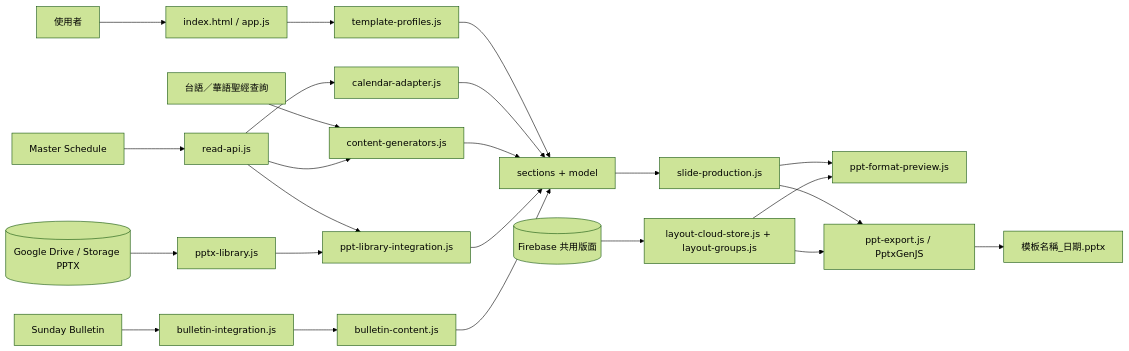
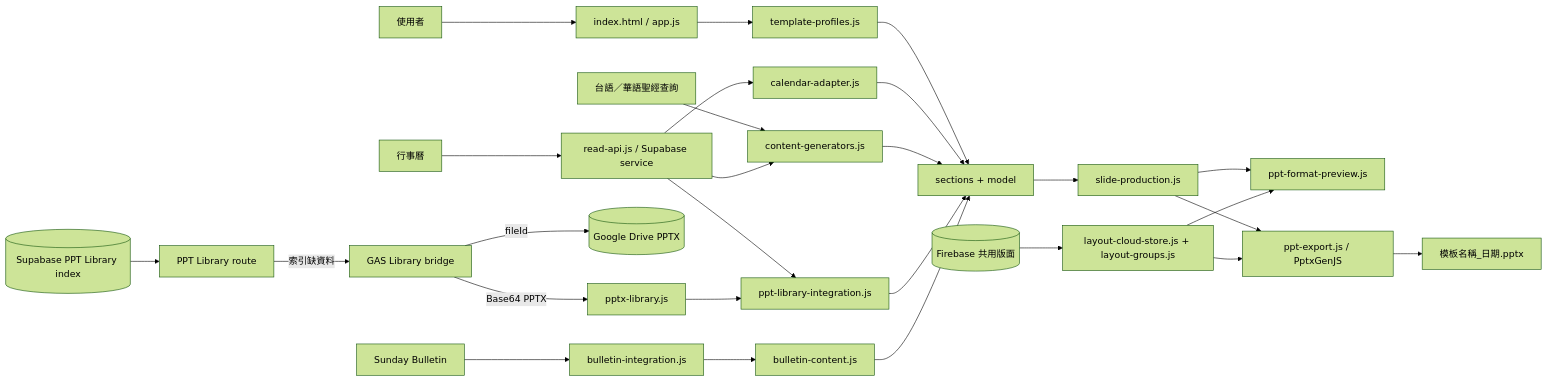
Before and after one commit to JirehWang/LKC1958_June_1.github.io: the first of 2 diagrams in apps/LKC_WorshipPPT/ARCHITECTURE.md, drawn with Mermaid (forest theme). The commit also changed other lines of this file and 19 other files, not shown here.

Commit message:
fix(worship-ppt): restore library routing and seed index

````diff
--- a/apps/LKC_WorshipPPT/ARCHITECTURE.md
+++ b/apps/LKC_WorshipPPT/ARCHITECTURE.md
@@ -33,29 +33,32 @@
 ```mermaid
 flowchart LR
     User[使用者] --> UI[index.html / app.js]
     UI --> Profile[template-profiles.js]
     Profile --> Model[sections + model]
 
-    Calendar[Master Schedule] --> Read[read-api.js]
+    Calendar[行事曆] --> Read[read-api.js / Supabase service]
     Bulletin[Sunday Bulletin] --> BulletinAdapter[bulletin-integration.js]
-    Drive[(Google Drive / Storage PPTX)] --> Library[pptx-library.js]
+    LibraryIndex[(Supabase PPT Library index)] --> LibraryRoute[PPT Library route]
+    LibraryRoute -->|索引缺資料| LibraryGas[GAS Library bridge]
+    LibraryGas -->|fileId| Drive[(Google Drive PPTX)]
+    LibraryGas -->|Base64 PPTX| Library[pptx-library.js]
     Bible[台語／華語聖經查詢] --> Generator[content-generators.js]
 
     Read --> CalendarAdapter[calendar-adapter.js]
     CalendarAdapter --> Model
     Read --> Generator
     Generator --> Model
     Read --> LibraryIntegration[ppt-library-integration.js]
     Library --> LibraryIntegration
     LibraryIntegration --> Model
     BulletinAdapter --> ReportLogic[bulletin-content.js]
     ReportLogic --> Model
 
     Model --> PageComposer[slide-production.js]
     PageComposer --> Preview[ppt-format-preview.js]
     Layout[(Firebase 共用版面)] --> LayoutUI[layout-cloud-store.js + layout-groups.js]
     LayoutUI --> Preview
     PageComposer --> Export[ppt-export.js / PptxGenJS]
     LayoutUI --> Export
     Export --> PPTX[模板名稱_日期.pptx]
 ```
````
